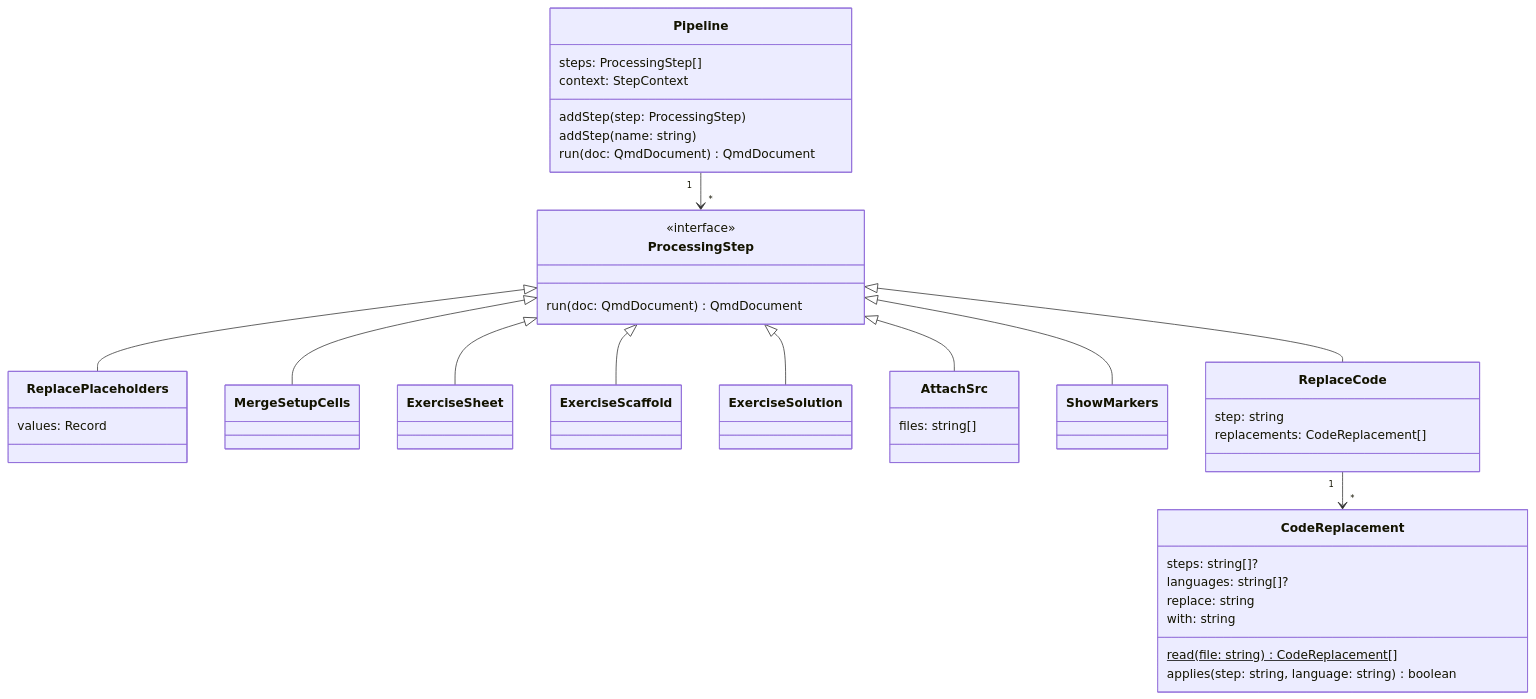
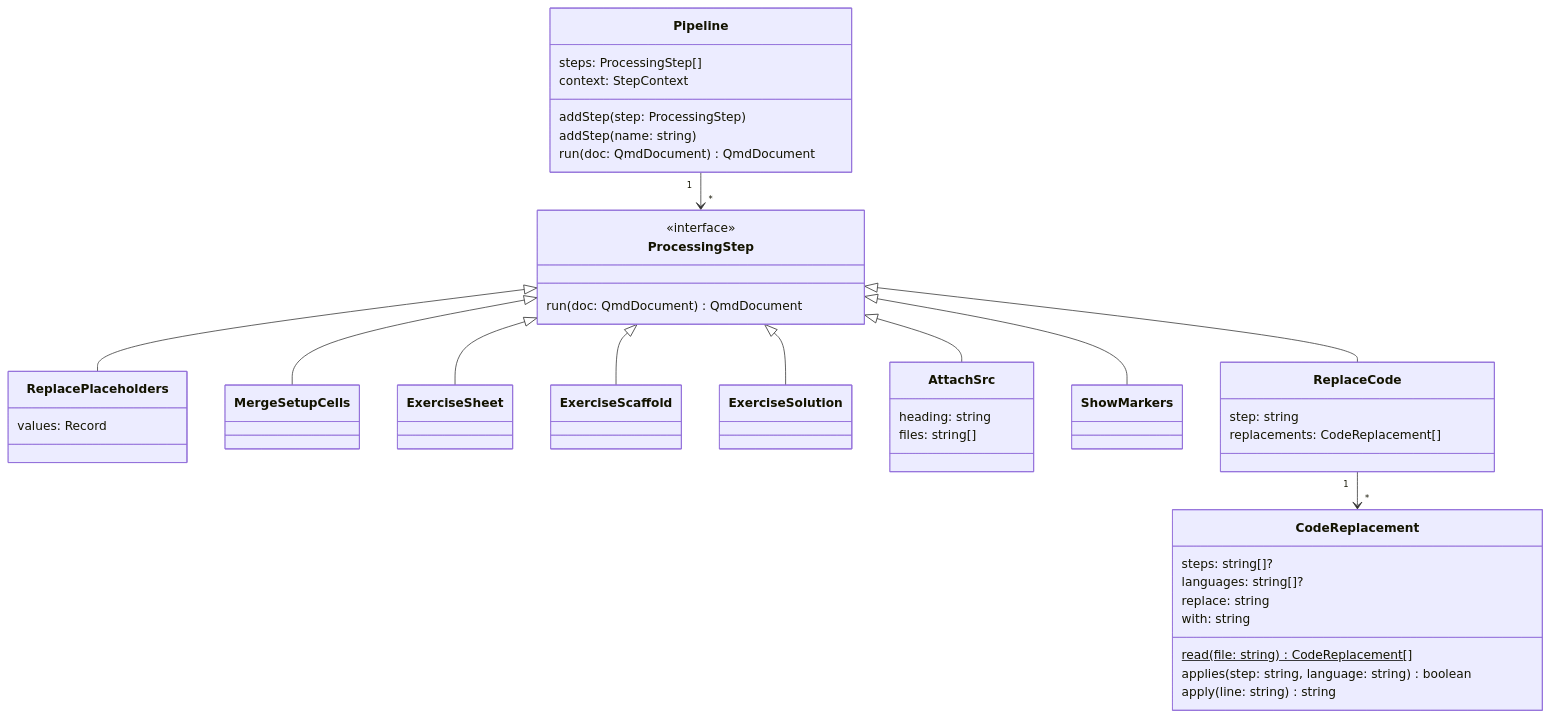
One commit to matthiasbaitsch/quarto-loi-moi changed the third of 6 diagrams in DESIGN.md. Above: the diagram before and after it, drawn with Mermaid. The commit also changed other lines of this file and 10 other files, not shown here.

````diff
--- a/DESIGN.md
+++ b/DESIGN.md
@@ -133,43 +148,45 @@
 ```mermaid
 classDiagram
   direction TD
   Pipeline "1" --> "*" ProcessingStep
   ProcessingStep <|-- ReplacePlaceholders
   ProcessingStep <|-- MergeSetupCells
   ProcessingStep <|-- ExerciseSheet
   ProcessingStep <|-- ExerciseScaffold
   ProcessingStep <|-- ExerciseSolution
   ProcessingStep <|-- AttachSrc
   ProcessingStep <|-- ShowMarkers
   ProcessingStep <|-- ReplaceCode
   ReplaceCode "1" --> "*" CodeReplacement
   class Pipeline {
     steps: ProcessingStep[]
     context: StepContext
     addStep(step: ProcessingStep)
     addStep(name: string)
     run(doc: QmdDocument) QmdDocument
   }
   class ProcessingStep {
     <<interface>>
     run(doc: QmdDocument) QmdDocument
   }
   class ReplacePlaceholders {
     values: Record
   }
   class AttachSrc {
+    heading: string
     files: string[]
   }
   class ReplaceCode {
     step: string
     replacements: CodeReplacement[]
   }
   class CodeReplacement {
     steps: string[]?
     languages: string[]?
     replace: string
     with: string
     read(file: string)$ CodeReplacement[]
     applies(step: string, language: string) boolean
+    apply(line: string) string
   }
 ```
````
